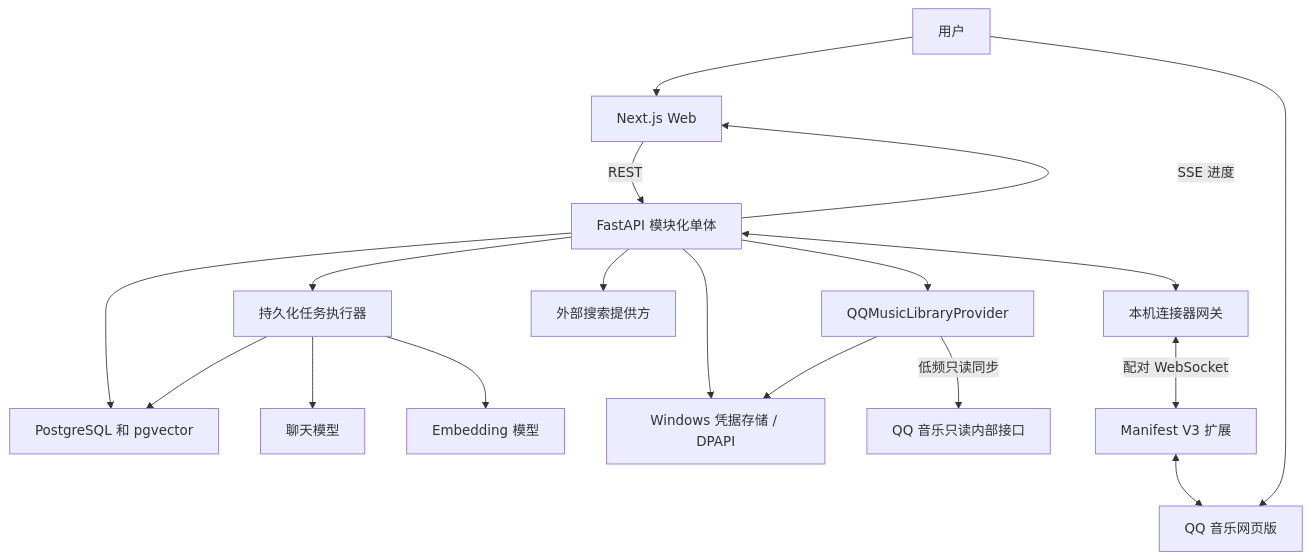
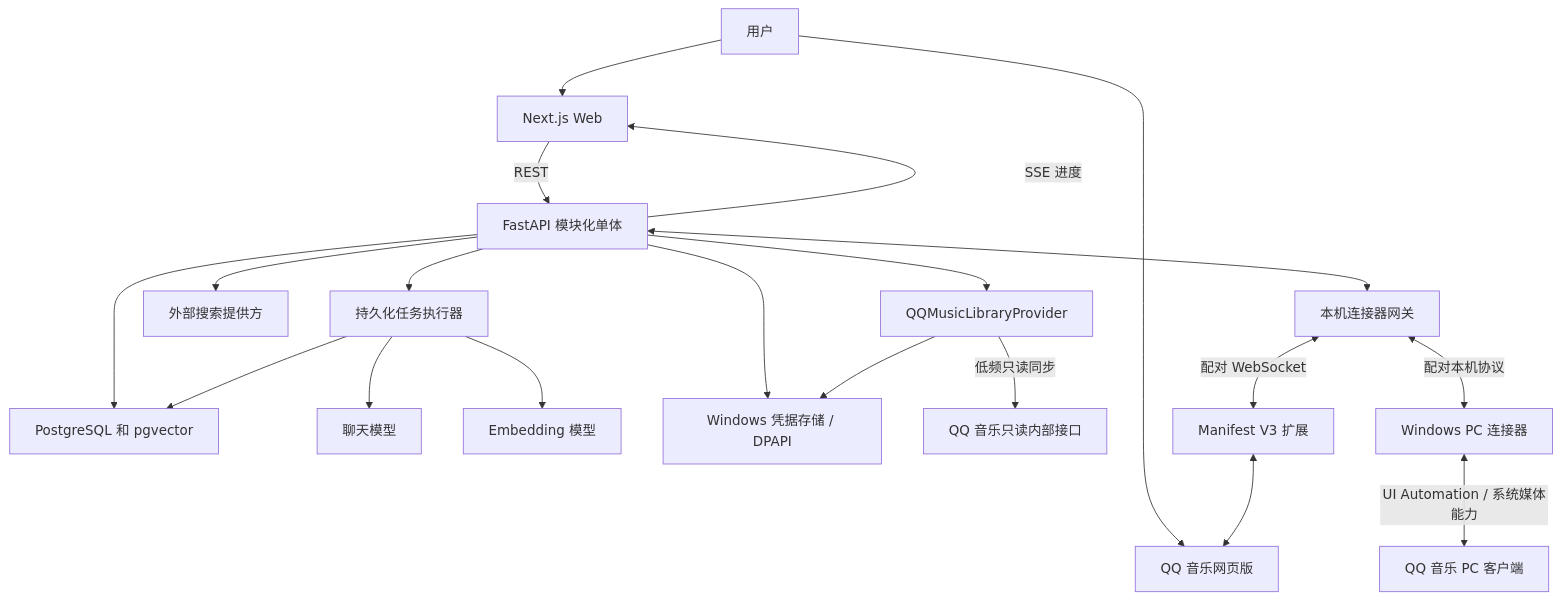
Before and after one commit to Chandler-h-blake/mood-music: the diagram in docs/architecture/SYSTEM_DESIGN.md, drawn with Mermaid. The commit also changed other lines of this file and 27 other files, not shown here.

````diff
--- a/docs/architecture/SYSTEM_DESIGN.md
+++ b/docs/architecture/SYSTEM_DESIGN.md
@@ -11,35 +11,39 @@
 ```mermaid
 flowchart TB
     User["用户"]
     Web["Next.js Web"]
     API["FastAPI 模块化单体"]
     Jobs["持久化任务执行器"]
     DB["PostgreSQL 和 pgvector"]
     LLM["聊天模型"]
     Embed["Embedding 模型"]
     Search["外部搜索提供方"]
     CredentialStore["Windows 凭据存储 / DPAPI"]
     QQLibrary["QQMusicLibraryProvider"]
     QQAPI["QQ 音乐只读内部接口"]
     Bridge["本机连接器网关"]
     Extension["Manifest V3 扩展"]
     QQ["QQ 音乐网页版"]
+    PCAgent["Windows PC 连接器"]
+    QQPC["QQ 音乐 PC 客户端"]
 
     User --> Web
     User --> QQ
     Web -->|"REST"| API
     API -->|"SSE 进度"| Web
     API --> DB
     API --> Jobs
     Jobs --> DB
     Jobs --> LLM
     Jobs --> Embed
     API --> Search
     API --> CredentialStore
     API --> QQLibrary
     QQLibrary --> CredentialStore
     QQLibrary -->|"低频只读同步"| QQAPI
     API <--> Bridge
     Bridge <-->|"配对 WebSocket"| Extension
     Extension <--> QQ
+    Bridge <-->|"配对本机协议"| PCAgent
+    PCAgent <-->|"UI Automation / 系统媒体能力"| QQPC
 ```
````
